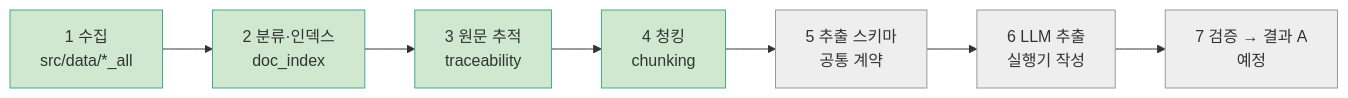
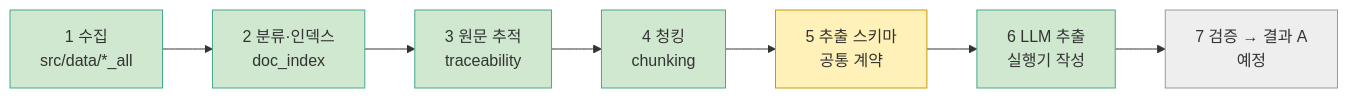
The first of 2 diagrams in src/card_benefit/payment_card/file_pipeline/README.md (encore-ai-campus/mle-02-p2-team3), drawn with Mermaid before and after one commit. The commit also changed other lines of this file and 11 other files, not shown here.

````diff
--- a/src/card_benefit/payment_card/file_pipeline/README.md
+++ b/src/card_benefit/payment_card/file_pipeline/README.md
@@ -16,14 +16,15 @@
 ```mermaid
 flowchart LR
     A[1 수집<br/>src/data/*_all] --> B[2 분류·인덱스<br/>doc_index]
     B --> C[3 원문 추적<br/>traceability]
     C --> D[4 청킹<br/>chunking]
     D --> O[5 추출 스키마<br/>공통 계약]
     O --> E[6 LLM 추출<br/>실행기 작성]
     E --> F[7 검증 → 결과 A<br/>예정]
     classDef done fill:#cfe8cf,stroke:#4a8
     classDef doing fill:#fff1b8,stroke:#c90
     classDef todo fill:#eee,stroke:#999
-    class A,B,C,D done
-    class O,E,F todo
+    class A,B,C,D,E done
+    class O doing
+    class F todo
 ```
````
